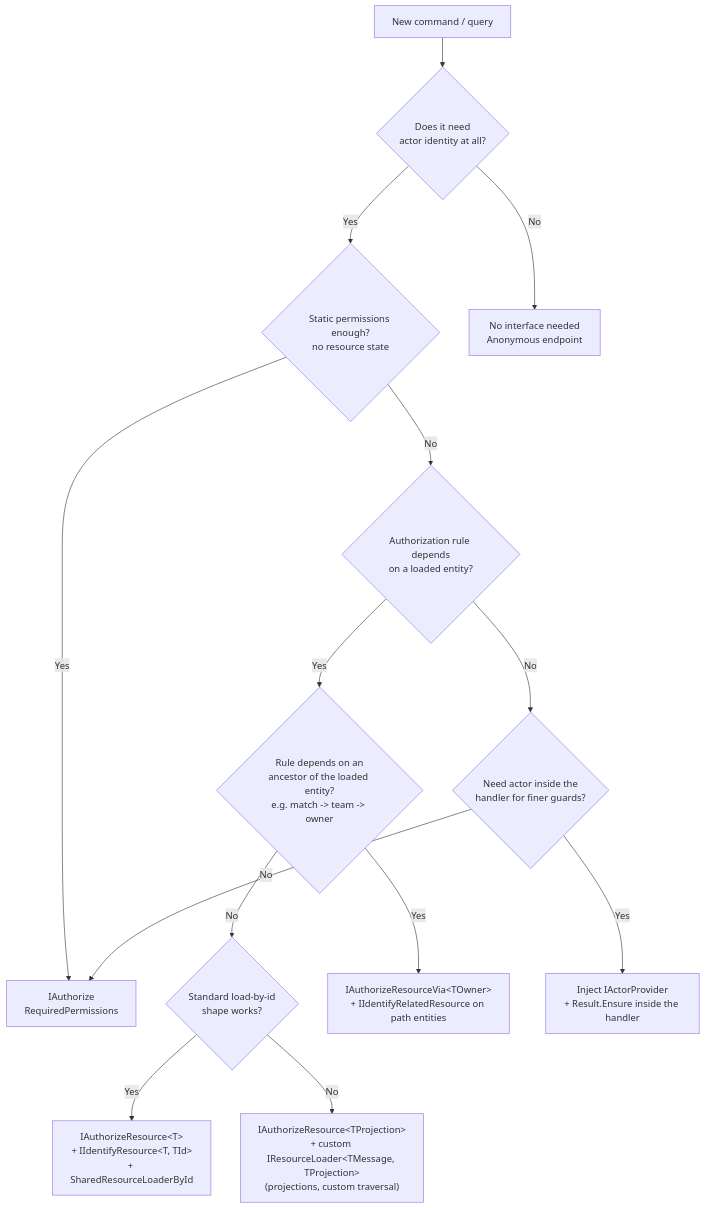
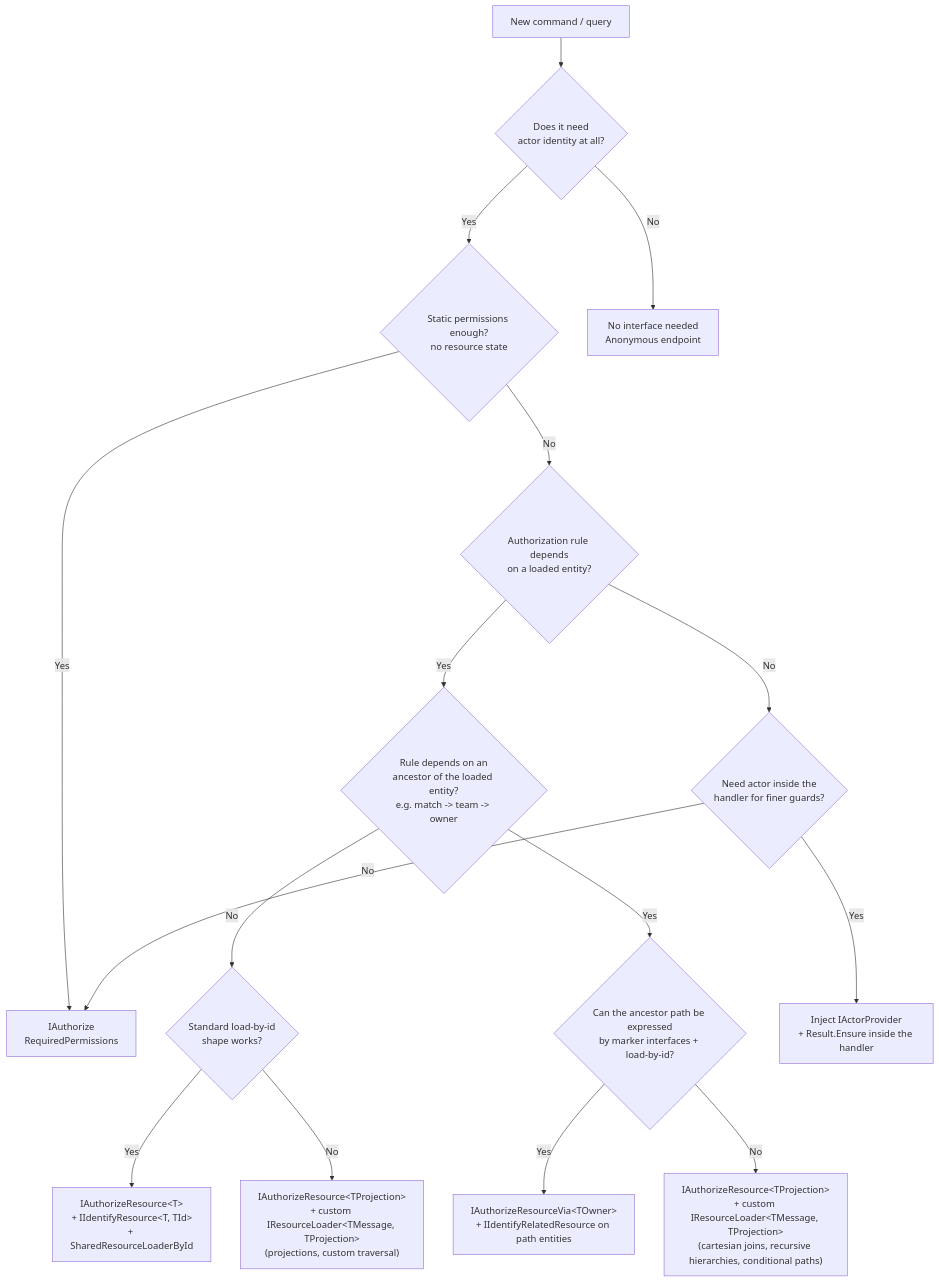
One commit to xavierjohn/FunctionalDDD changed the second of 7 diagrams in docs/docfx_project/articles/integration-asp-authorization.md. Above: the diagram before and after it, drawn with Mermaid. The commit also changed other lines of this file, not shown here.

````diff
--- a/docs/docfx_project/articles/integration-asp-authorization.md
+++ b/docs/docfx_project/articles/integration-asp-authorization.md
@@ -74,23 +74,25 @@
 ```mermaid
 flowchart TD
     Start[New command / query]
     Q1{"Does it need<br/>actor identity at all?"}
     Q2{"Static permissions enough?<br/>no resource state"}
     Q3{"Authorization rule depends<br/>on a loaded entity?"}
     Q4{"Rule depends on an<br/>ancestor of the loaded entity?<br/>e.g. match -> team -> owner"}
     Q5{"Need actor inside the<br/>handler for finer guards?"}
 
     Start --> Q1
     Q1 -- No --> NoActor["No interface needed<br/>Anonymous endpoint"]
     Q1 -- Yes --> Q2
     Q2 -- Yes --> IAuth["IAuthorize<br/>RequiredPermissions"]
     Q2 -- No --> Q3
     Q3 -- Yes --> Q4
     Q4 -- No --> Q3b{"Standard load-by-id<br/>shape works?"}
     Q3b -- Yes --> IAuthRes["IAuthorizeResource&lt;T&gt;<br/>+ IIdentifyResource&lt;T, TId&gt;<br/>+ SharedResourceLoaderById"]
     Q3b -- No --> IAuthResCustom["IAuthorizeResource&lt;TProjection&gt;<br/>+ custom IResourceLoader&lt;TMessage, TProjection&gt;<br/>(projections, custom traversal)"]
-    Q4 -- Yes --> IAuthVia["IAuthorizeResourceVia&lt;TOwner&gt;<br/>+ IIdentifyRelatedResource on path entities"]
+    Q4 -- Yes --> Q4b{"Can the ancestor path be expressed<br/>by marker interfaces + load-by-id?"}
+    Q4b -- Yes --> IAuthVia["IAuthorizeResourceVia&lt;TOwner&gt;<br/>+ IIdentifyRelatedResource on path entities"]
+    Q4b -- No --> IAuthResProj["IAuthorizeResource&lt;TProjection&gt;<br/>+ custom IResourceLoader&lt;TMessage, TProjection&gt;<br/>(cartesian joins, recursive hierarchies, conditional paths)"]
     Q3 -- No --> Q5
     Q5 -- Yes --> InHandler["Inject IActorProvider<br/>+ Result.Ensure inside the handler"]
     Q5 -- No --> IAuth
 ```
````
